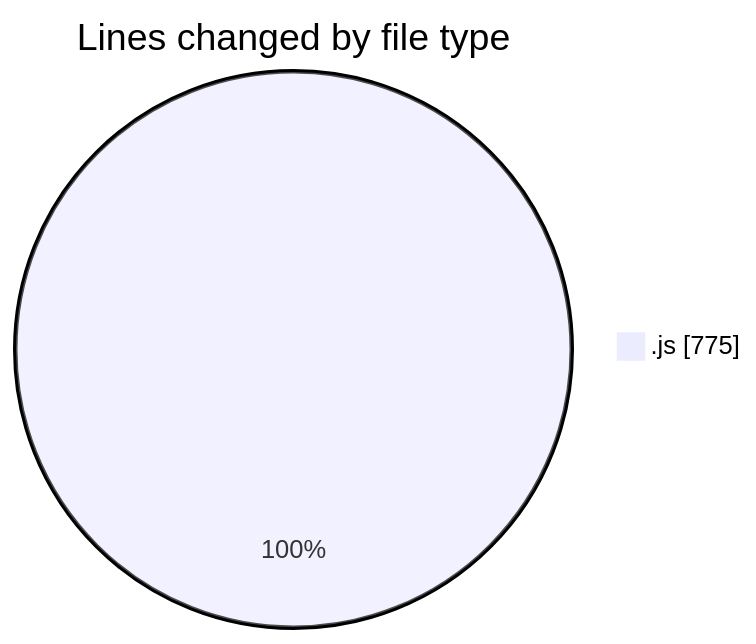
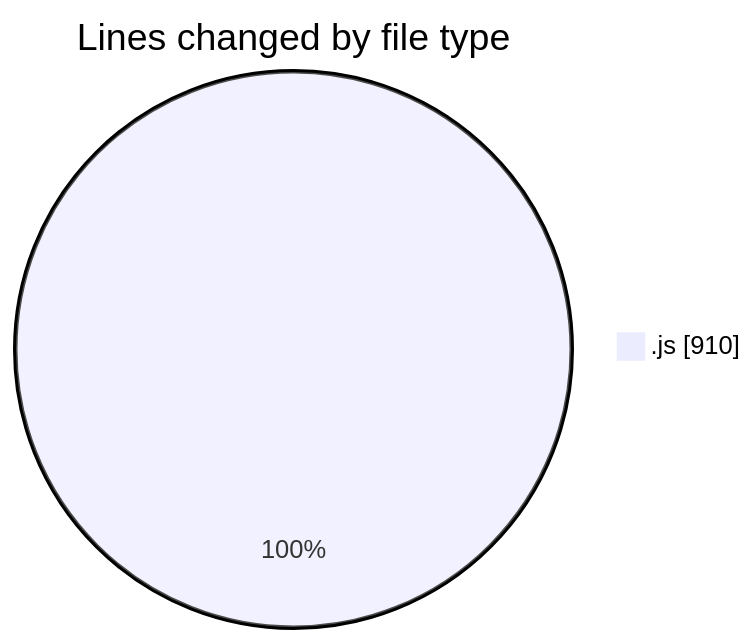
The first of 2 diagrams in 2025-07-26/javascript/README.md (Ritupan-Deka/code-tracking), drawn with Mermaid before and after one commit. The commit also changed other lines of this file and 1 other file, not shown here.

````diff
--- a/2025-07-26/javascript/README.md
+++ b/2025-07-26/javascript/README.md
@@ -21,5 +21,5 @@
 ```mermaid
 pie showData
 title Lines changed by file type
-".js" : 775
+".js" : 910
 ```
````
